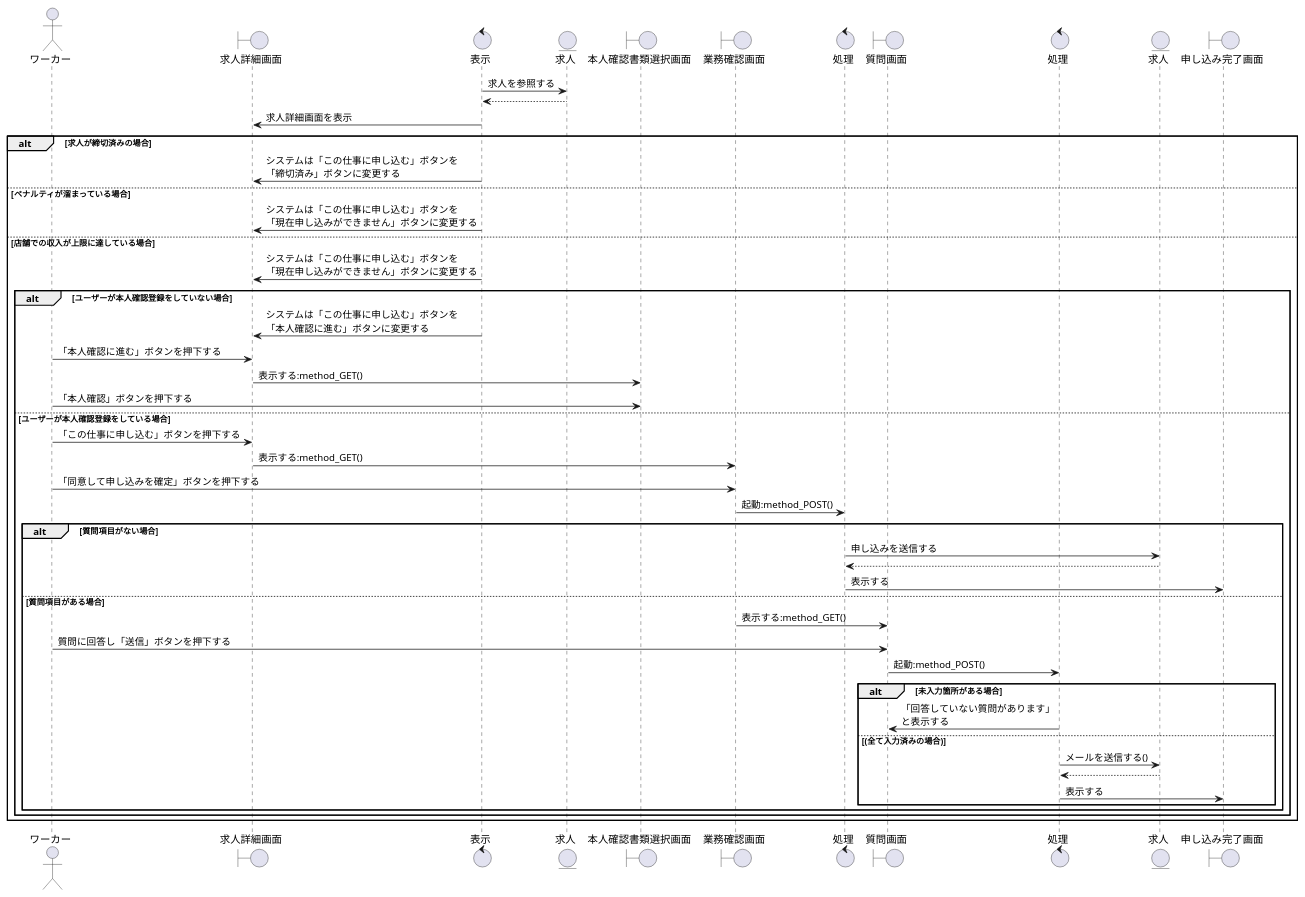
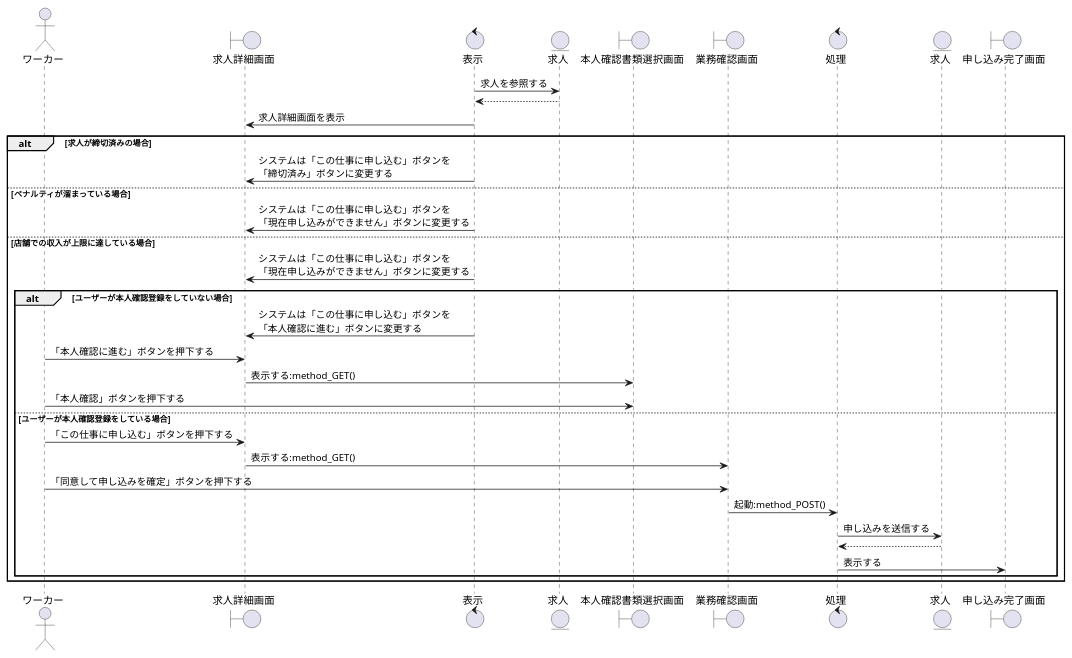
The diagram in sequence_fig/2_search_fn/05_応募の申し込みをする.pu (irukacb256/high_Me), drawn with PlantUML before and after one commit. The commit also changed 13 other files, not shown here.

```diff
--- a/sequence_fig/2_search_fn/05_応募の申し込みをする.pu
+++ b/sequence_fig/2_search_fn/05_応募の申し込みをする.pu
@@ -1,66 +1,50 @@
 @startuml 応募の申し込みをする
 
 ' 1
 actor ワーカー as wo1
 boundary 求人詳細画面 as jd1
 control 表示 as co1
 entity 求人 as en1
 boundary 本人確認書類選択画面 as iv1
 boundary 業務確認画面 as bc1
 control 処理 as co2
-boundary 質問画面 as qu1
-control 処理 as co3
 
 entity 求人 as ml1
 
 boundary 申し込み完了画面 as ac1
 
 ' 2
 co1 -> en1 : 求人を参照する
 en1 --> co1 
 
 co1 -> jd1 : 求人詳細画面を表示
 
 alt 求人が締切済みの場合
         co1 -> jd1 : システムは「この仕事に申し込む」ボタンを\n「締切済み」ボタンに変更する
 
     else ペナルティが溜まっている場合
         co1 -> jd1 : システムは「この仕事に申し込む」ボタンを\n「現在申し込みができません」ボタンに変更する
 
     else 店舗での収入が上限に達している場合
         co1 -> jd1 : システムは「この仕事に申し込む」ボタンを\n「現在申し込みができません」ボタンに変更する
 
     alt ユーザーが本人確認登録をしていない場合
         co1 -> jd1 : システムは「この仕事に申し込む」ボタンを\n「本人確認に進む」ボタンに変更する
         wo1 -> jd1 : 「本人確認に進む」ボタンを押下する
         jd1 -> iv1 : 表示する:method_GET()
         wo1 -> iv1 : 「本人確認」ボタンを押下する
 
     else ユーザーが本人確認登録をしている場合
         wo1 -> jd1 : 「この仕事に申し込む」ボタンを押下する
         jd1 -> bc1 : 表示する:method_GET()
         wo1 -> bc1 : 「同意して申し込みを確定」ボタンを押下する
         bc1 -> co2 : 起動:method_POST()
 
-        alt 質問項目がない場合
-            co2 -> ml1 : 申し込みを送信する
-            co2 <-- ml1
-            co2 -> ac1 : 表示する
+        co2 -> ml1 : 申し込みを送信する
+        co2 <-- ml1
+        co2 -> ac1 : 表示する
         
-        else 質問項目がある場合
-            bc1 -> qu1 : 表示する:method_GET()
-            wo1 -> qu1 : 質問に回答し「送信」ボタンを押下する
-            qu1 -> co3 : 起動:method_POST()
-
-            alt 未入力箇所がある場合
-                co3 -> qu1 : 「回答していない質問があります」\nと表示する
-            else (全て入力済みの場合)
-                co3 -> ml1 : メールを送信する()
-                co3 <-- ml1
-                co3 -> ac1 : 表示する
-            end
-        end
     end
 end
 
 @enduml
```
